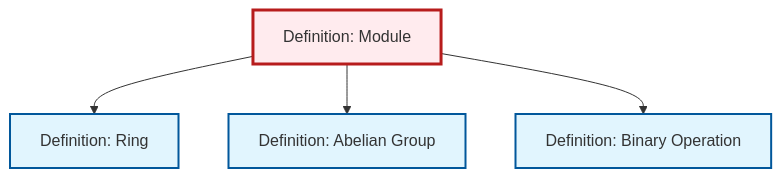
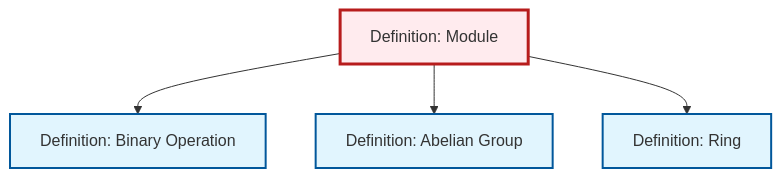
The diagram in output/mermaid/def-module.mermaid (RK0429/ModernMath), drawn with Mermaid before and after one commit. The commit also changed other lines of this file and 554 other files, not shown here.

```diff
--- a/output/mermaid/def-module.mermaid
+++ b/output/mermaid/def-module.mermaid
@@ -1,15 +1,15 @@
 %%| fig-cap: "Local dependency graph"
 graph TD
     classDef definition fill:#e1f5fe,stroke:#01579b,stroke-width:2px
     classDef theorem fill:#f3e5f5,stroke:#4a148c,stroke-width:2px
     classDef axiom fill:#fff3e0,stroke:#e65100,stroke-width:2px
     classDef example fill:#e8f5e9,stroke:#1b5e20,stroke-width:2px
     classDef current fill:#ffebee,stroke:#b71c1c,stroke-width:3px
-    def-binary-operation["Definition: Binary Operation"]:::definition
     def-abelian-group["Definition: Abelian Group"]:::definition
     def-module["Definition: Module"]:::definition
     def-ring["Definition: Ring"]:::definition
+    def-binary-operation["Definition: Binary Operation"]:::definition
+    def-module --> def-binary-operation
+    def-module --> def-abelian-group
     def-module --> def-ring
-    def-module --> def-abelian-group
-    def-module --> def-binary-operation
     class def-module current
```
